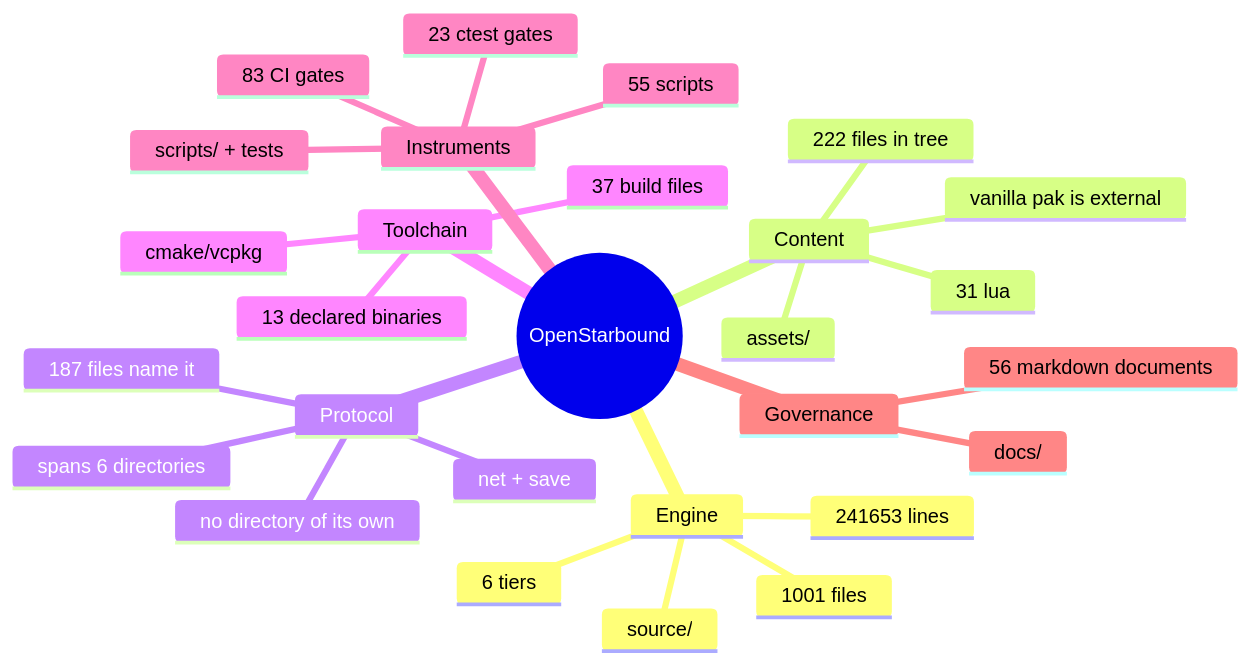
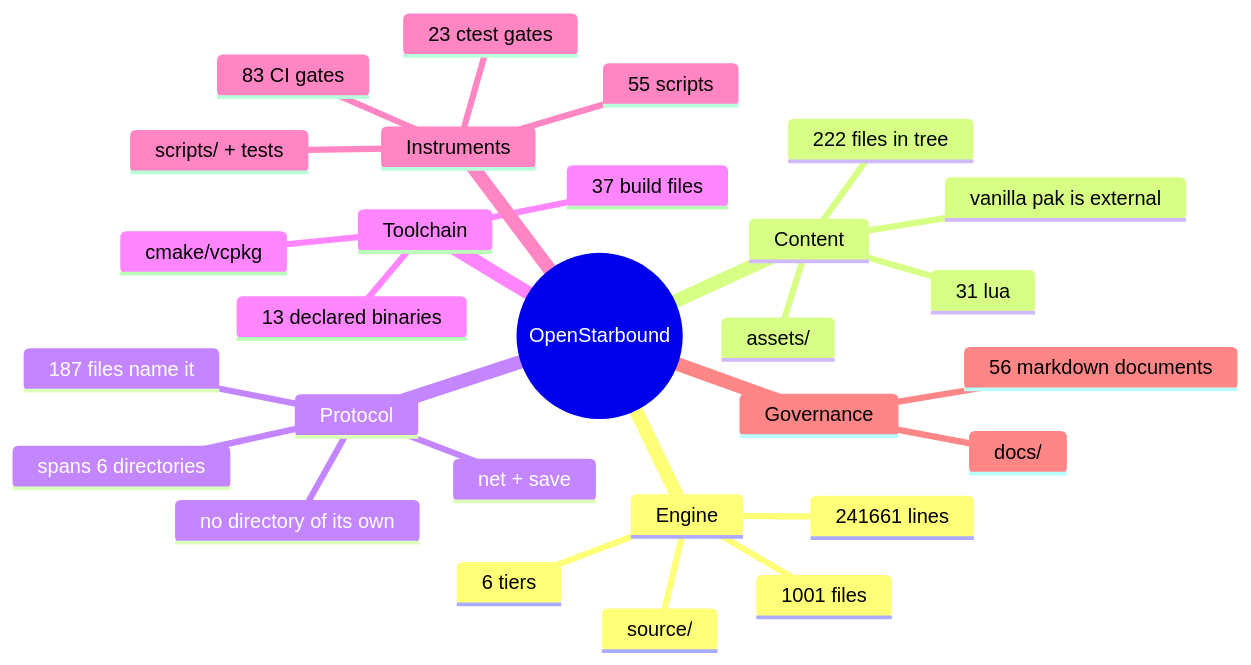
Before and after one commit to apnex/OpenStarbound: the second of 11 diagrams in docs/architecture/system-boundaries.md, drawn with Mermaid. The commit also changed other lines of this file and 3 other files, not shown here.

````diff
--- a/docs/architecture/system-boundaries.md
+++ b/docs/architecture/system-boundaries.md
@@ -166,31 +166,31 @@
 ```mermaid
 mindmap
   root((OpenStarbound))
     Engine
       source/
       1001 files
-      241653 lines
+      241661 lines
       6 tiers
     Content
       assets/
       222 files in tree
       31 lua
       vanilla pak is external
     Protocol
       net + save
       187 files name it
       spans 6 directories
       no directory of its own
     Toolchain
       cmake/vcpkg
       37 build files
       13 declared binaries
     Instruments
       scripts/ + tests
       55 scripts
       23 ctest gates
       83 CI gates
     Governance
       docs/
       56 markdown documents
 ```
````
